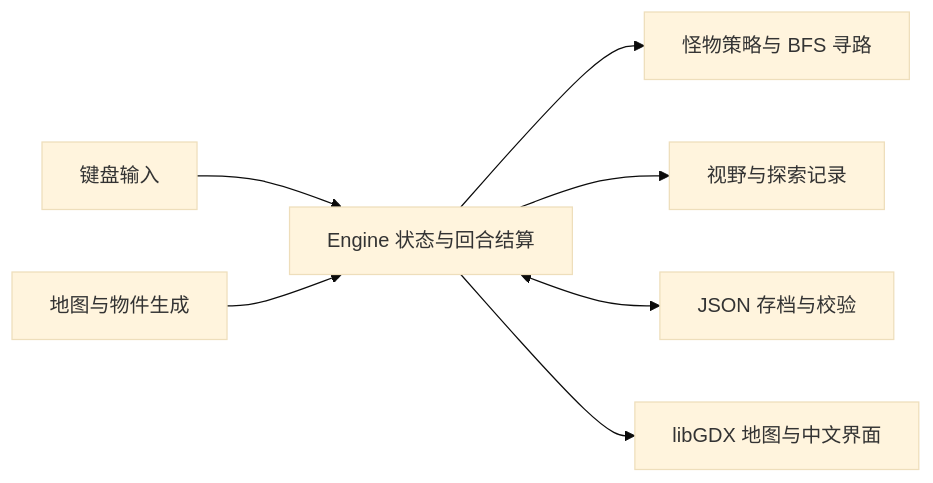
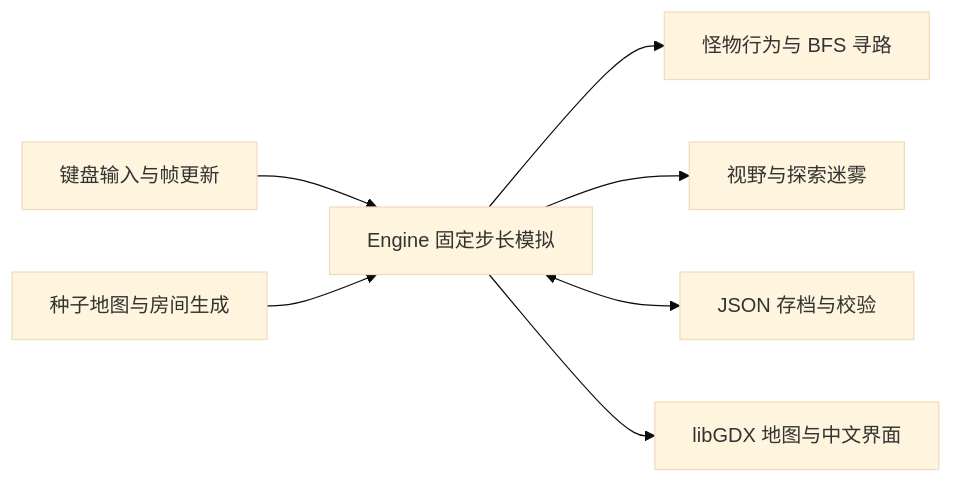
Before and after one commit to everlastingQAQ/dungeon-explorer: the diagram in README.md, drawn with Mermaid (base theme). The commit also changed other lines of this file and 2 other files, not shown here.

````diff
--- a/README.md
+++ b/README.md
@@ -82,9 +74,9 @@
 ```mermaid
 flowchart LR
-    Input[键盘输入] --> Engine[Engine 状态与回合结算]
-    Generation[地图与物件生成] --> Engine
-    Engine --> AI[怪物策略与 BFS 寻路]
-    Engine --> Vision[视野与探索记录]
-    Engine <--> Save[JSON 存档与校验]
-    Engine --> Render[libGDX 地图与中文界面]
+    Input["键盘输入与帧更新"] --> Engine["Engine 固定步长模拟"]
+    Generation["种子地图与房间生成"] --> Engine
+    Engine --> AI["怪物行为与 BFS 寻路"]
+    Engine --> Vision["视野与探索迷雾"]
+    Engine <--> Save["JSON 存档与校验"]
+    Engine --> Render["libGDX 地图与中文界面"]
 ```
````
